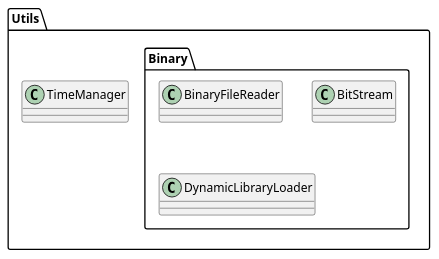
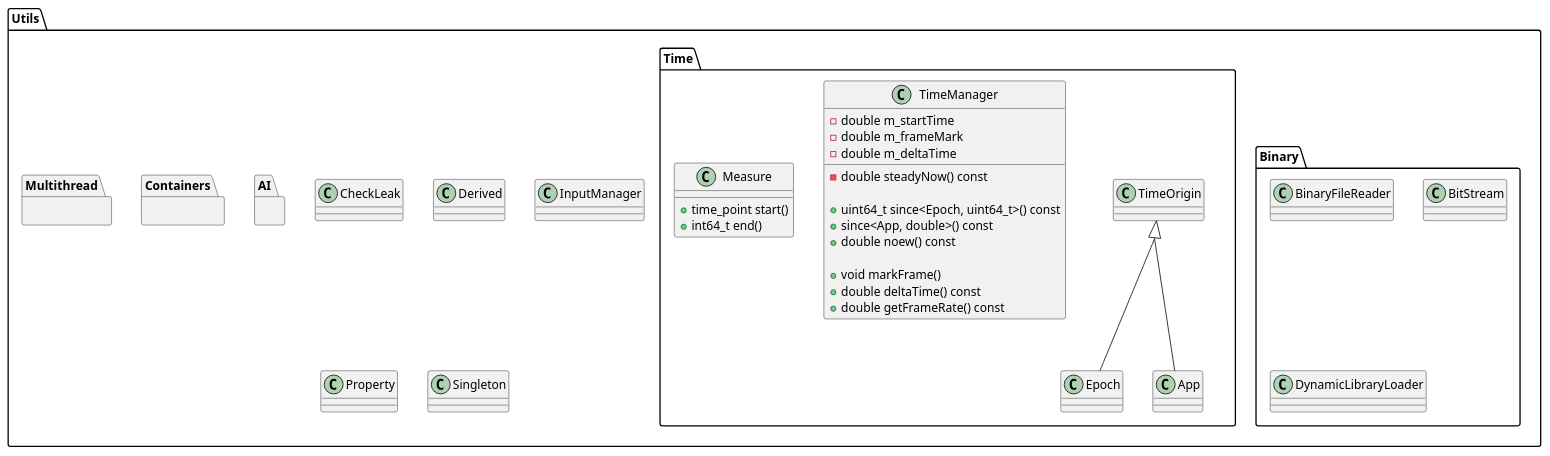
Before and after one commit to FulicaSystems/diagrams: the diagram in utils.puml, drawn with PlantUML.

```diff
--- a/utils.puml
+++ b/utils.puml
@@ -1,16 +1,57 @@
 @startuml Utils
 skinparam groupInheritance 2
 
 package Utils
 {
+    package AI {}
+
     package Binary
     {
         class BinaryFileReader
         class BitStream
         class DynamicLibraryLoader
     }
 
-    class TimeManager
+    package Containers {}
+    package Multithread {}
+
+    class CheckLeak
+    class Derived
+    class InputManager
+    class Property
+    class Singleton
+
+    package Time
+    {
+        class TimeOrigin
+        class Epoch
+        TimeOrigin <|-- Epoch
+        class App
+        TimeOrigin <|-- App
+
+        class TimeManager
+        {
+            - double m_startTime
+            - double m_frameMark
+            - double m_deltaTime
+
+            - double steadyNow() const
+
+            + uint64_t since<Epoch, uint64_t>() const
+            + since<App, double>() const
+            + double noew() const
+
+            + void markFrame()
+            + double deltaTime() const
+            + double getFrameRate() const
+        }
+
+        class Measure
+        {
+            + time_point start()
+            + int64_t end()
+        }
+    }
 }
 
 @enduml
```
